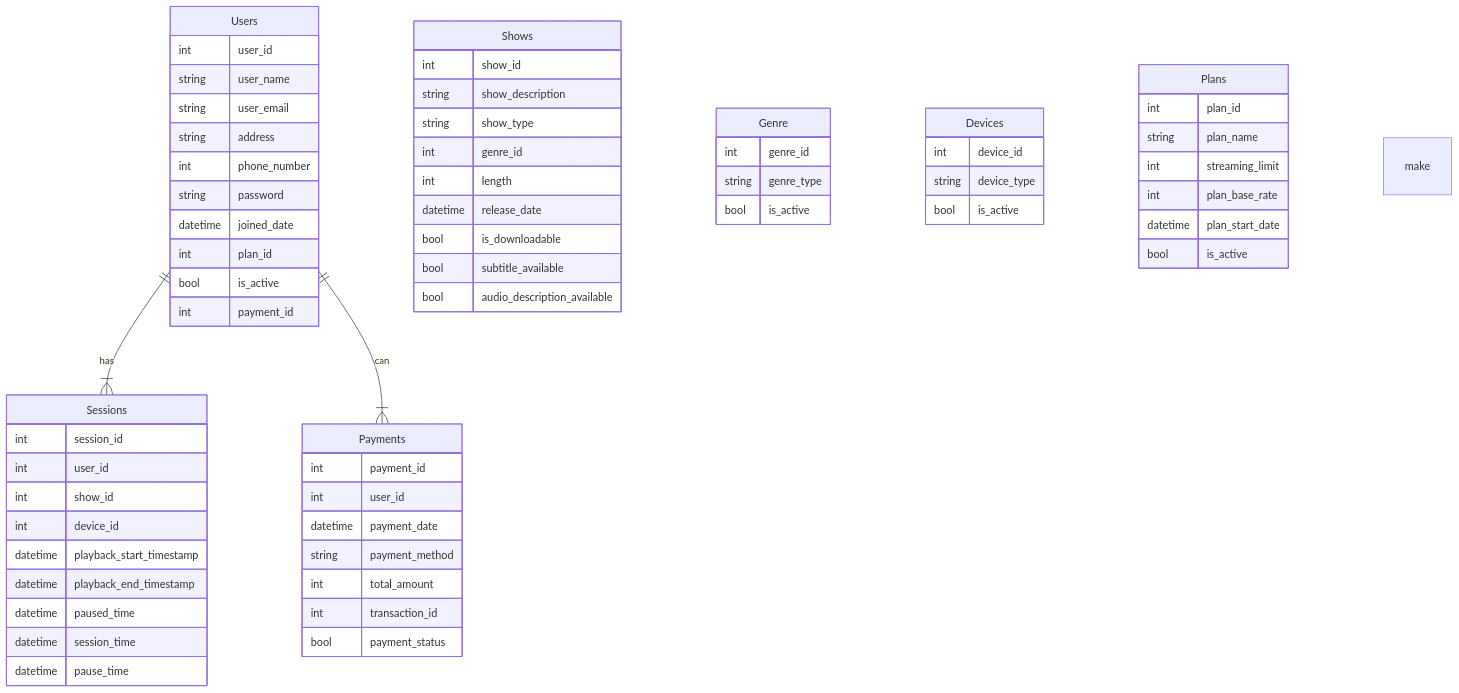
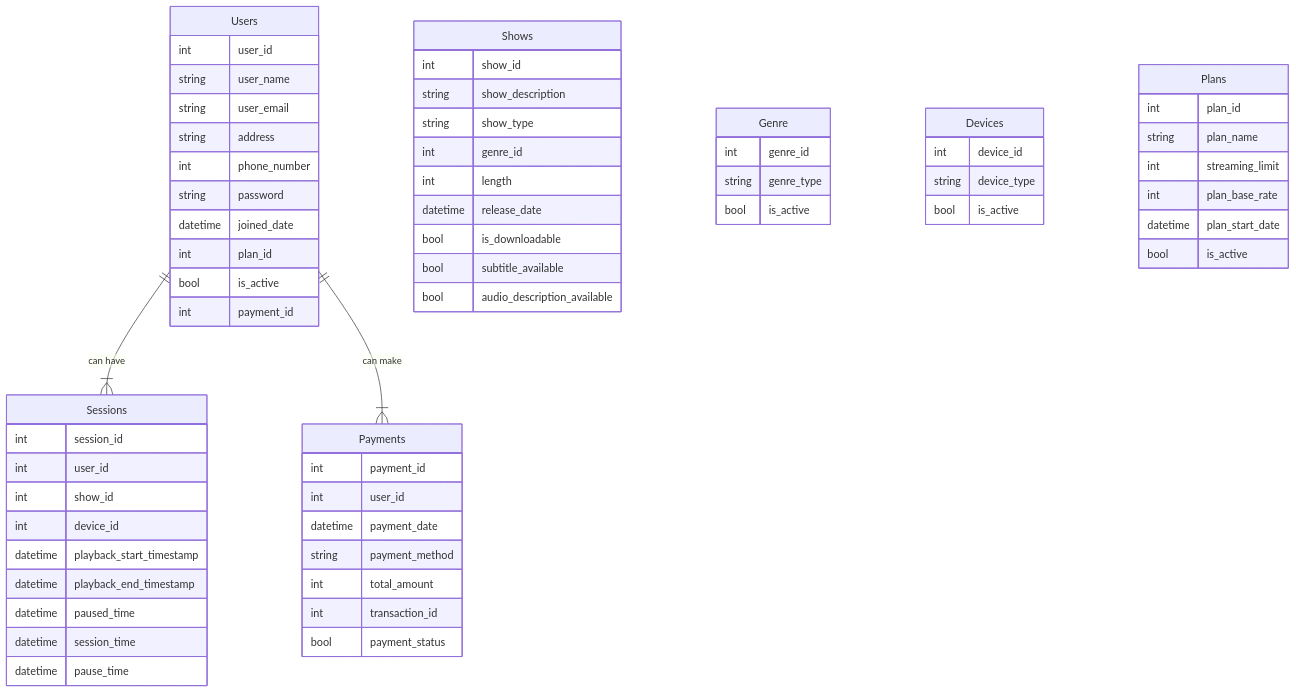
One commit to vidishsirdesai/video_streaming_platforms_hld changed the diagram in README.md. Above: the diagram before and after it, drawn with Mermaid.

````diff
--- a/README.md
+++ b/README.md
@@ -139,66 +139,66 @@
 ```mermaid
 erDiagram
     a["Users"] {
         int user_id
         string user_name
         string user_email
         string address
         int phone_number
         string password
         datetime joined_date
         int plan_id
         bool is_active
         int payment_id
     }
     b["Shows"] {
         int show_id
         string show_description
         string show_type
         int genre_id
         int length
         datetime release_date
         bool is_downloadable
         bool subtitle_available 
         bool audio_description_available
     }
     c["Sessions"] {
         int session_id
         int user_id
         int show_id
         int device_id
         datetime playback_start_timestamp
         datetime playback_end_timestamp
         datetime paused_time
         datetime session_time
         datetime pause_time
     }
     d["Genre"] {
         int genre_id
         string genre_type
         bool is_active
     }
     e["Devices"] {
         int device_id
         string device_type
         bool is_active
     }
     f["Plans"] {
         int plan_id
         string plan_name
         int streaming_limit
         int plan_base_rate
         datetime plan_start_date
         bool is_active
     }
     g["Payments"] {
         int payment_id
         int user_id
         datetime payment_date
         string payment_method
         int total_amount
         int transaction_id
         bool payment_status
     }
-    a ||--|{ c : has
-    a ||--|{ g : can make
+    a ||--|{ c : "can have"
+    a ||--|{ g : "can make"
 ```
````
